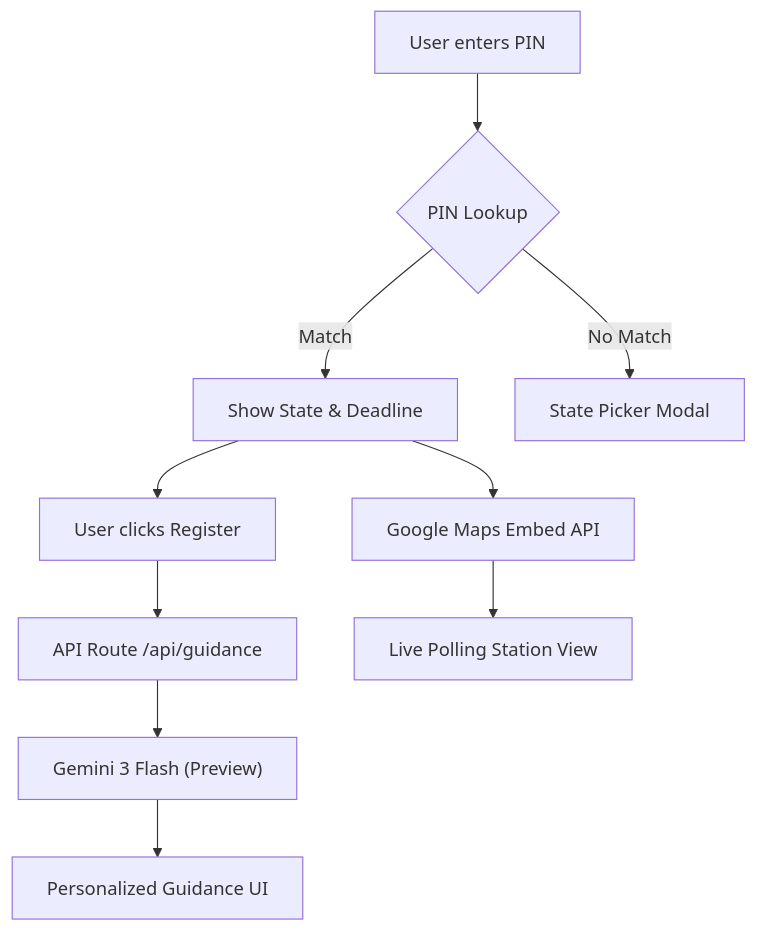
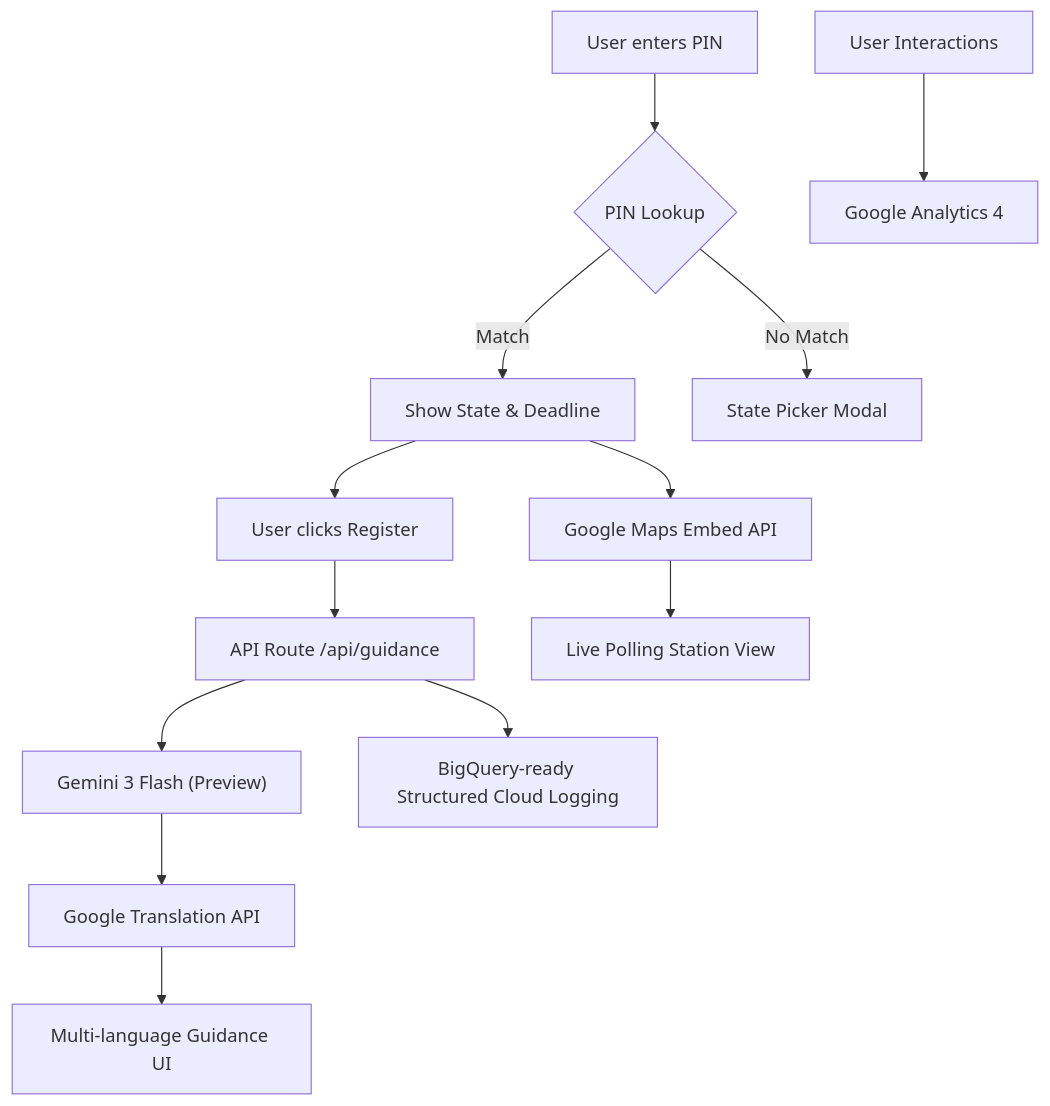
Before and after one commit to Rishet11/VoteReady-PromptWars: the diagram in README.md, drawn with Mermaid. The commit also changed other lines of this file and 2 other files, not shown here.

Commit message:
docs: update architecture and project specifications for final submission

````diff
--- a/README.md
+++ b/README.md
@@ -30,12 +30,15 @@
 ```mermaid
 graph TD
     A[User enters PIN] --> B{PIN Lookup}
     B -->|Match| C[Show State & Deadline]
     B -->|No Match| D[State Picker Modal]
     C --> E[User clicks Register]
     E --> F[API Route /api/guidance]
     F --> G["Gemini 3 Flash (Preview)"]
-    G --> H[Personalized Guidance UI]
-    C --> I[Google Maps Embed API]
-    I --> J[Live Polling Station View]
+    G --> H["Google Translation API"]
+    H --> I[Multi-language Guidance UI]
+    C --> J[Google Maps Embed API]
+    J --> K[Live Polling Station View]
+    L[User Interactions] --> M[Google Analytics 4]
+    F --> N[BigQuery-ready Structured Cloud Logging]
 ```
````
